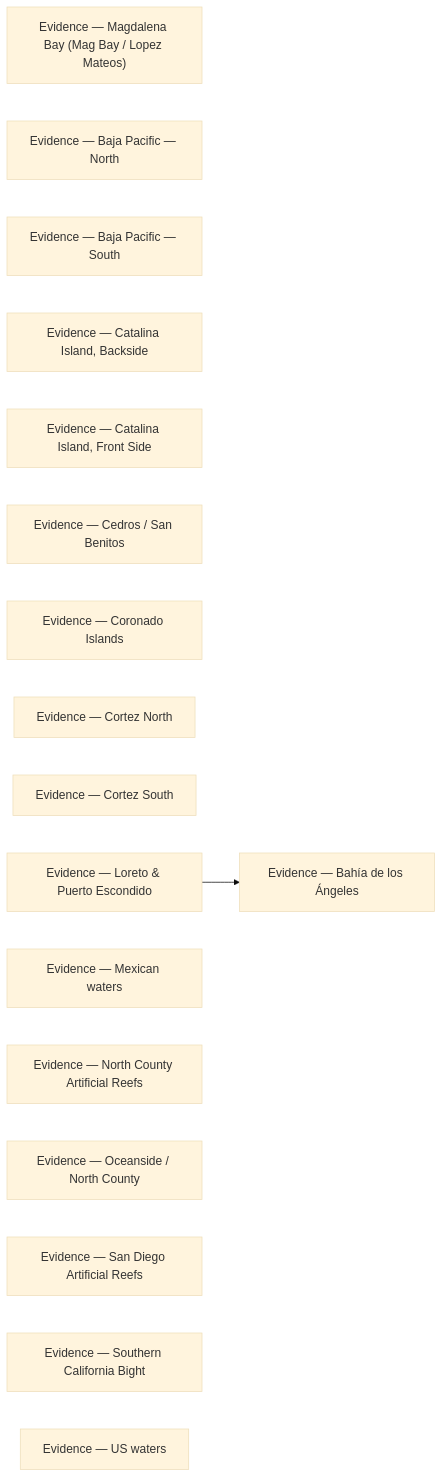
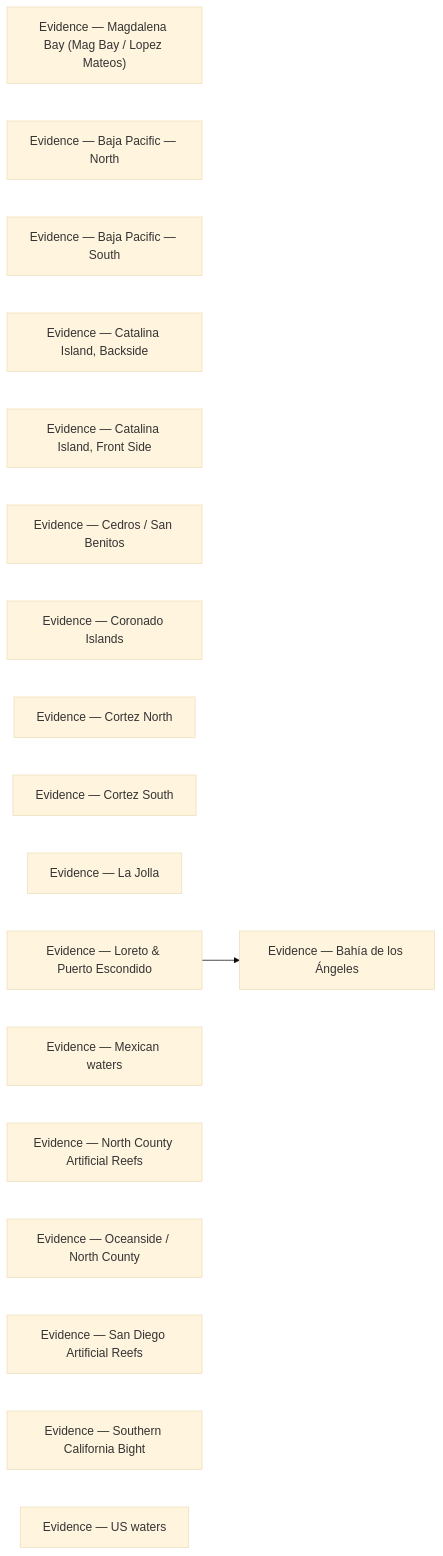
One commit to camchuckpete-max/Socal-Fishing-Knowledge changed the diagram in locations/evidence/README.md. Above: the diagram before and after it, drawn with Mermaid (base theme). The commit also changed other lines of this file and 21 other files, not shown here.

````diff
--- a/locations/evidence/README.md
+++ b/locations/evidence/README.md
@@ -30,21 +31,22 @@
 ```mermaid
 graph LR
   n0["Evidence — Bahía de los Ángeles"]
   n1["Evidence — Magdalena Bay (Mag Bay / Lopez Mateos)"]
   n2["Evidence — Baja Pacific — North"]
   n3["Evidence — Baja Pacific — South"]
   n4["Evidence — Catalina Island, Backside"]
   n5["Evidence — Catalina Island, Front Side"]
   n6["Evidence — Cedros / San Benitos"]
   n7["Evidence — Coronado Islands"]
   n8["Evidence — Cortez North"]
   n9["Evidence — Cortez South"]
-  n10["Evidence — Loreto & Puerto Escondido"]
-  n11["Evidence — Mexican waters"]
-  n12["Evidence — North County Artificial Reefs"]
-  n13["Evidence — Oceanside / North County"]
-  n14["Evidence — San Diego Artificial Reefs"]
-  n15["Evidence — Southern California Bight"]
-  n16["Evidence — US waters"]
-  n10 --> n0
+  n10["Evidence — La Jolla"]
+  n11["Evidence — Loreto & Puerto Escondido"]
+  n12["Evidence — Mexican waters"]
+  n13["Evidence — North County Artificial Reefs"]
+  n14["Evidence — Oceanside / North County"]
+  n15["Evidence — San Diego Artificial Reefs"]
+  n16["Evidence — Southern California Bight"]
+  n17["Evidence — US waters"]
+  n11 --> n0
 ```
````
